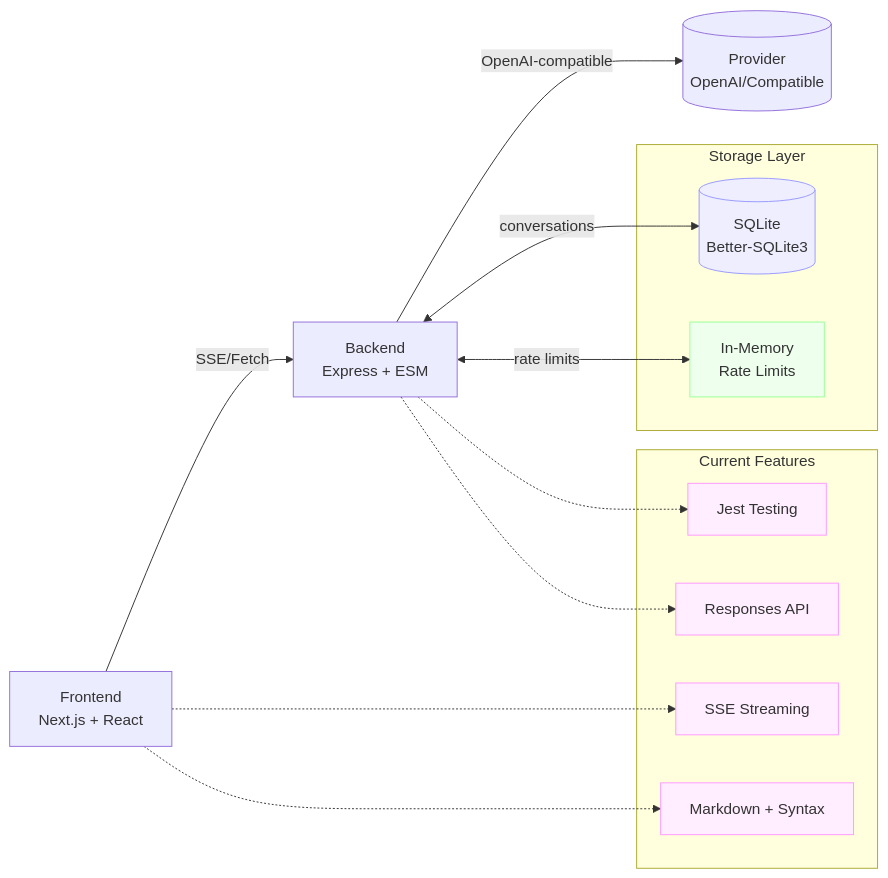
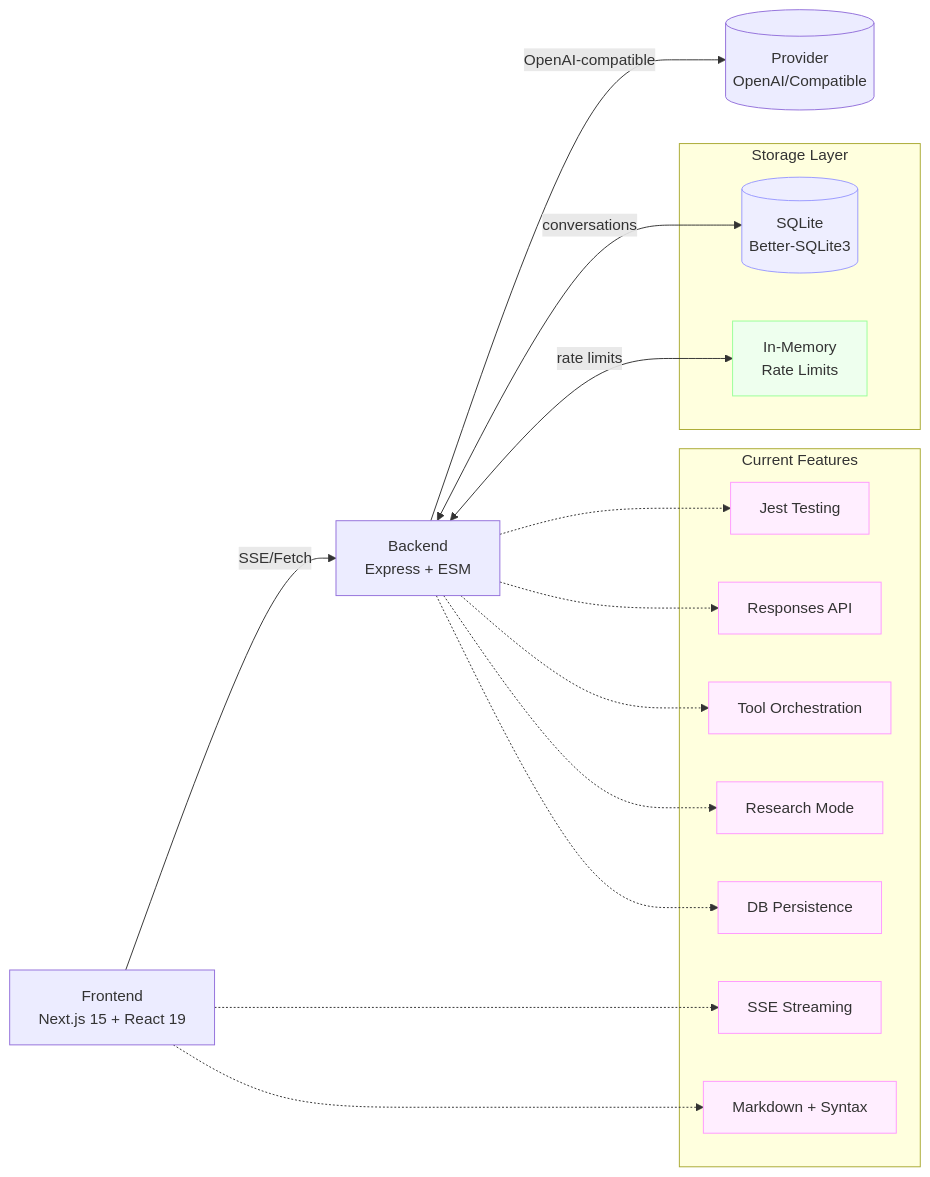
One commit to qduc/chat changed the diagram in docs/OVERVIEW.md. Above: the diagram before and after it, drawn with Mermaid. The commit also changed other lines of this file and 7 other files, not shown here.

````diff
--- a/docs/OVERVIEW.md
+++ b/docs/OVERVIEW.md
@@ -23,24 +22,30 @@
 ```mermaid
 flowchart LR
-UI[Frontend\nNext.js + React] -- SSE/Fetch --> API[Backend\nExpress + ESM]
+UI[Frontend\nNext.js 15 + React 19] -- SSE/Fetch --> API[Backend\nExpress + ESM]
 API -- OpenAI-compatible --> LLM[(Provider\nOpenAI/Compatible)]
 subgraph Storage[Storage Layer]
 DB[(SQLite\nBetter-SQLite3)]:::db
 MEM[In-Memory\nRate Limits]:::cache
 end
 API <-- conversations --> DB
 API <-- rate limits --> MEM
 subgraph Features[Current Features]
 STREAM[SSE Streaming]:::feature
 TEST[Jest Testing]:::feature
 MD[Markdown + Syntax]:::feature
 API_RESP[Responses API]:::feature
+TOOLS[Tool Orchestration]:::feature
+RESEARCH[Research Mode]:::feature
+PERSIST[DB Persistence]:::feature
 end
 UI -.-> STREAM
 API -.-> TEST
 UI -.-> MD
 API -.-> API_RESP
+API -.-> TOOLS
+API -.-> RESEARCH
+API -.-> PERSIST
 classDef db fill:#eef,stroke:#99f;
 classDef cache fill:#efe,stroke:#9f9;
 classDef feature fill:#fef,stroke:#f9f;
 ```
````
